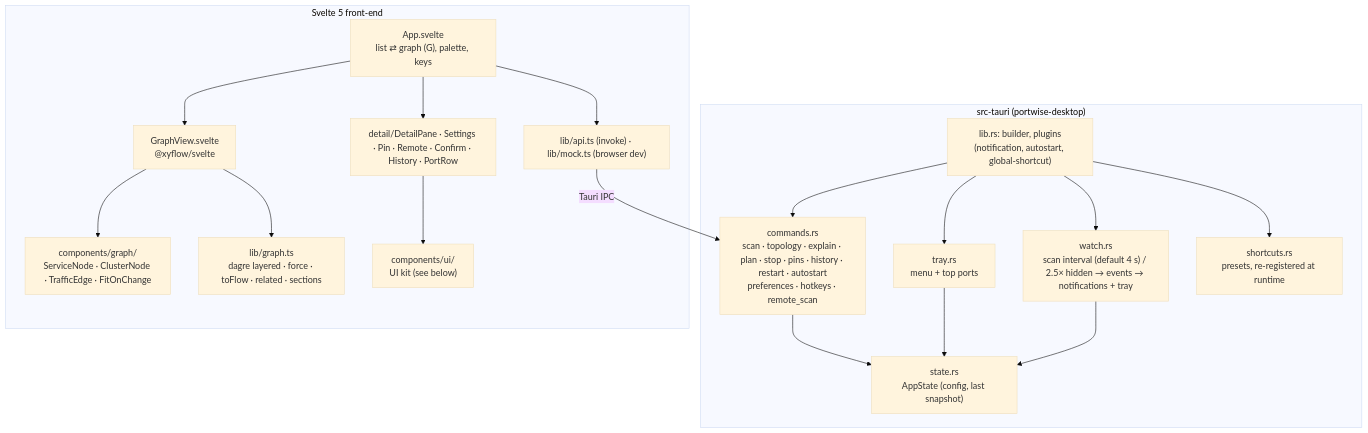
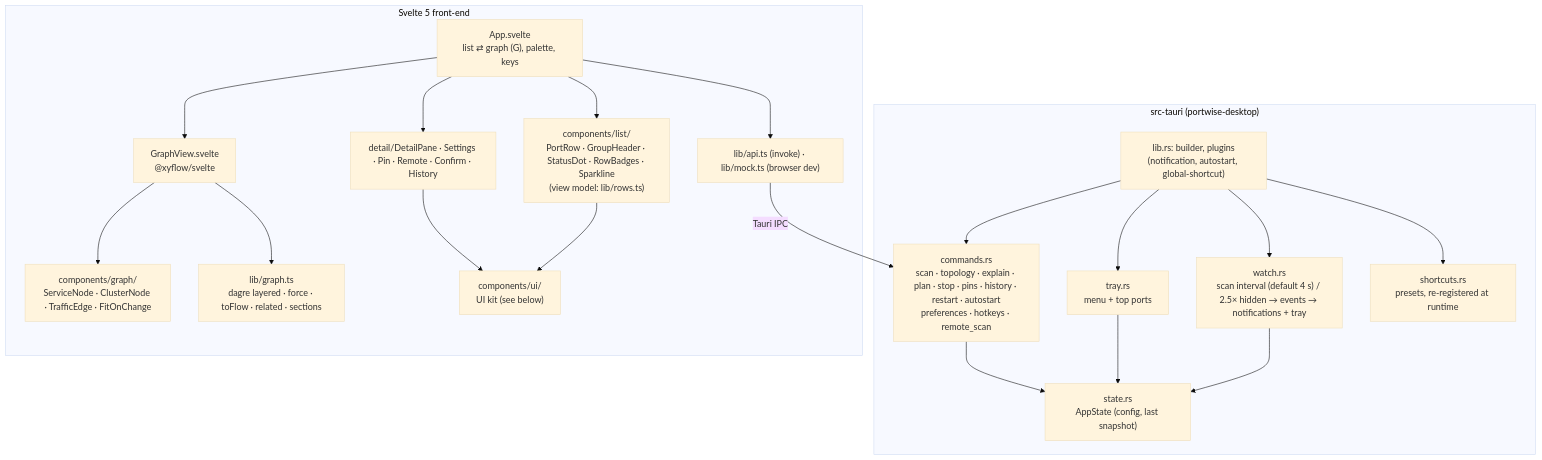
The sixth of 6 diagrams in docs/ARCHITECTURE.md (santoshshinde2012/holdmap), drawn with Mermaid (base theme) before and after one commit. The commit also changed other lines of this file and 48 other files, not shown here.

Commit message:
feat(desktop): redesign the port list — fixed column grid, single-line 44/36px rows, status column, ≤2 badges with +N, CPU sparkline + memory, overlay actions, sticky collapsible section headers, container-query column dropping, matching empty states; docs + before/after screenshots

````diff
--- a/docs/ARCHITECTURE.md
+++ b/docs/ARCHITECTURE.md
@@ -142,27 +142,29 @@
 ```mermaid
 flowchart TB
   subgraph Rust["src-tauri (portwise-desktop)"]
     LIB["lib.rs: builder, plugins<br/>(notification, autostart, global-shortcut)"]
     CMD["commands.rs<br/>scan · topology · explain · plan · stop · pins · history · restart · autostart<br/>preferences · hotkeys · remote_scan"]
     ST["state.rs<br/>AppState (config, last snapshot)"]
     TR["tray.rs<br/>menu + top ports"]
     W["watch.rs<br/>scan interval (default 4 s) / 2.5× hidden → events → notifications + tray"]
     SC["shortcuts.rs<br/>presets, re-registered at runtime"]
     LIB --> CMD & TR & W & SC
     CMD & TR & W --> ST
   end
   subgraph UI["Svelte 5 front-end"]
     APP["App.svelte<br/>list ⇄ graph (G), palette, keys"]
     GV["GraphView.svelte<br/>@xyflow/svelte"]
     NODES["components/graph/<br/>ServiceNode · ClusterNode · TrafficEdge · FitOnChange"]
     LG["lib/graph.ts<br/>dagre layered · force · toFlow · related · sections"]
-    OTHER["detail/DetailPane · Settings · Pin · Remote · Confirm · History · PortRow"]
+    OTHER["detail/DetailPane · Settings · Pin · Remote · Confirm · History"]
+    LIST["components/list/<br/>PortRow · GroupHeader · StatusDot · RowBadges · Sparkline<br/>(view model: lib/rows.ts)"]
     KIT["components/ui/<br/>UI kit (see below)"]
     API["lib/api.ts (invoke) · lib/mock.ts (browser dev)"]
     APP --> GV --> NODES
     GV --> LG
     APP --> OTHER --> KIT
+    APP --> LIST --> KIT
     APP --> API
   end
   API -- "Tauri IPC" --> CMD
 ```
````
